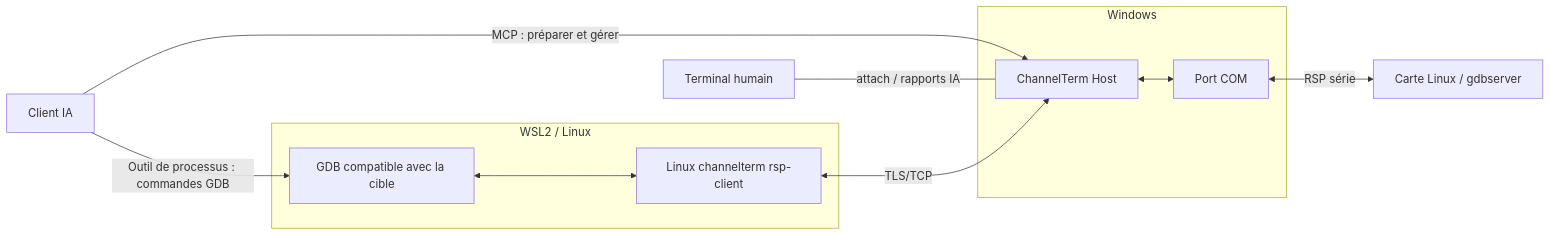
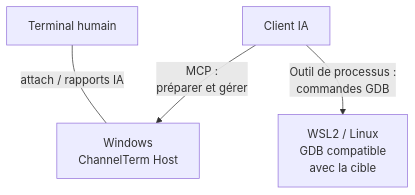
One commit to akira-init1/ChannelTerm changed the first of 3 diagrams in README.fr.md. Above: the diagram before and after it, drawn with Mermaid. The commit also changed other lines of this file and 13 other files, not shown here.

First line of the commit message:
docs(diagrams): clarify shared terminal and debugger data flows

````diff
--- a/README.fr.md
+++ b/README.fr.md
@@ -258,21 +260,10 @@
 ```mermaid
-flowchart LR
+flowchart TB
     AI["Client IA"]
     Human["Terminal humain"]
-    subgraph Windows
-        Host["ChannelTerm Host"]
-        COM["Port COM"]
-        Host <--> COM
-    end
-    subgraph WSL2["WSL2 / Linux"]
-        GDB["GDB compatible avec la cible"]
-        Helper["Linux channelterm rsp-client"]
-        GDB <--> Helper
-    end
-    Board["Carte Linux / gdbserver"]
-    AI -->|"MCP : préparer et gérer"| Host
-    AI -->|"Outil de processus : commandes GDB"| GDB
+    Host["Windows<br/>ChannelTerm Host"]
+    GDB["WSL2 / Linux<br/>GDB compatible<br/>avec la cible"]
+    AI -->|"MCP :<br/>préparer et gérer"| Host
+    AI -->|"Outil de processus :<br/>commandes GDB"| GDB
     Human ---|"attach / rapports IA"| Host
-    Helper <-->|"TLS/TCP"| Host
-    COM <-->|"RSP série"| Board
 ```
````
